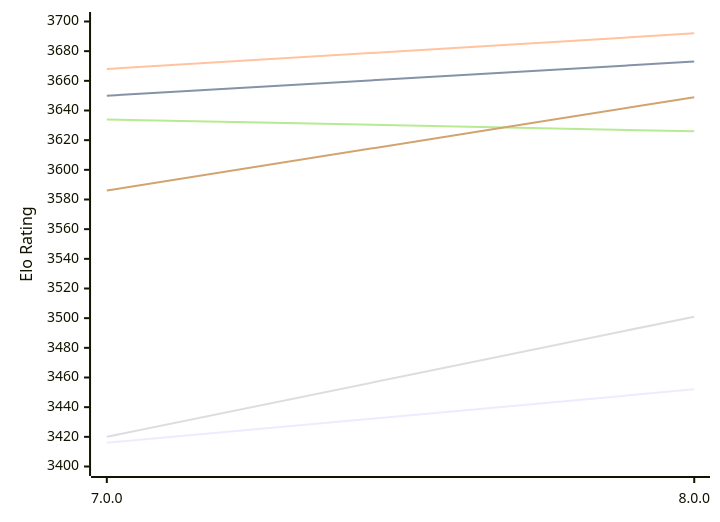
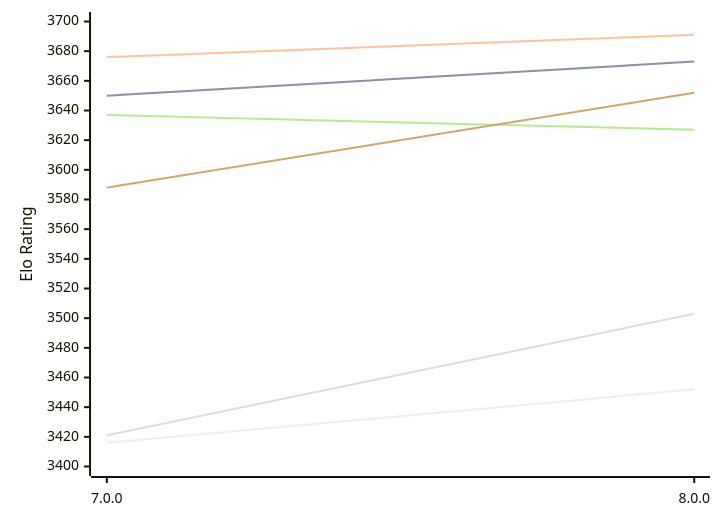
The first of 2 diagrams in engines/PlentyChess.md (computer-chess-index/cci), drawn with Mermaid before and after one commit. The commit also changed other lines of this file, not shown here.

Commit message:
Update CCI Ratings (ELO VLTC) - 2026-11-24

````diff
--- a/engines/PlentyChess.md
+++ b/engines/PlentyChess.md
@@ -55,12 +55,12 @@
 ```mermaid
 %%{init: {"theme":"base","themeVariables":{"seriesColors:['#a3a3a3','#222221','#faa371']}}}%%
 xychart-beta
   x-axis ["7.0.0", "8.0.0"]
   y-axis "Elo Rating" 3400 --> 3700
   line "E1: STC (8.0+0.08s)" [3416, 3452]
   line "E1: LTC (60.0+0.60s)" [3650, 3673]
-  line "E1: VLTC (2m24s+1.12s)" [3668, 3692]
-  line "P1: STC (8.0+0.08s)" [3420, 3501]
-  line "P1: LTC (60.0+0.60s)" [3634, 3626]
-  line "P1: VLTC (2m24s+1.12s)" [3586, 3649]
+  line "E1: VLTC (2m24s+1.12s)" [3676, 3691]
+  line "P1: STC (8.0+0.08s)" [3421, 3503]
+  line "P1: LTC (60.0+0.60s)" [3637, 3627]
+  line "P1: VLTC (2m24s+1.12s)" [3588, 3652]
 ```
````
